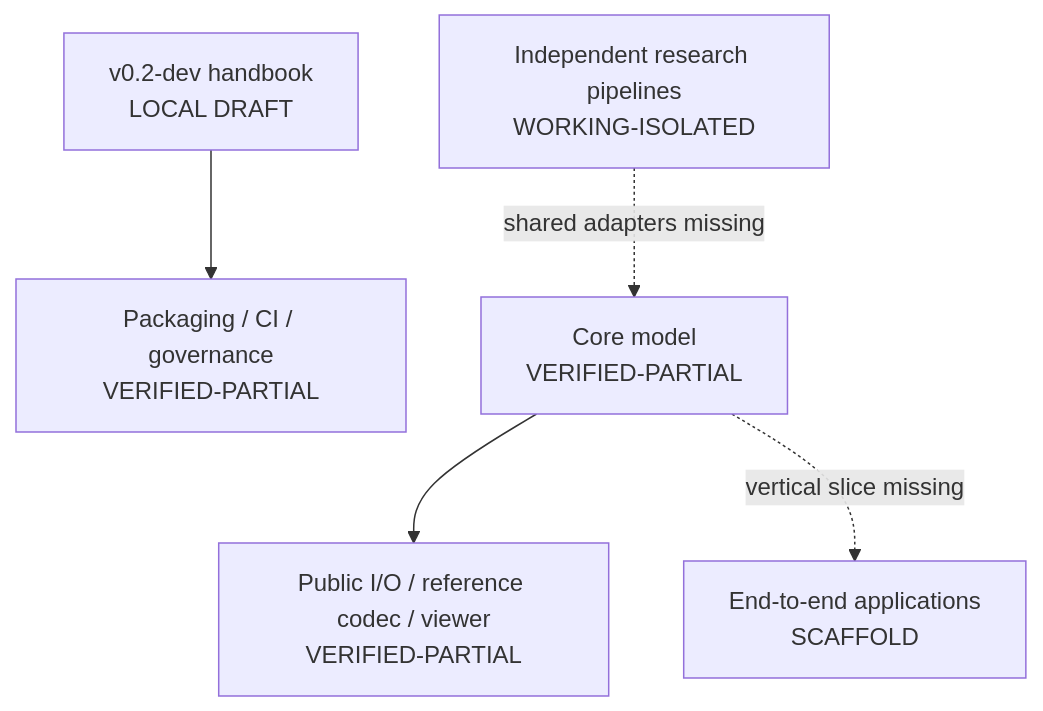
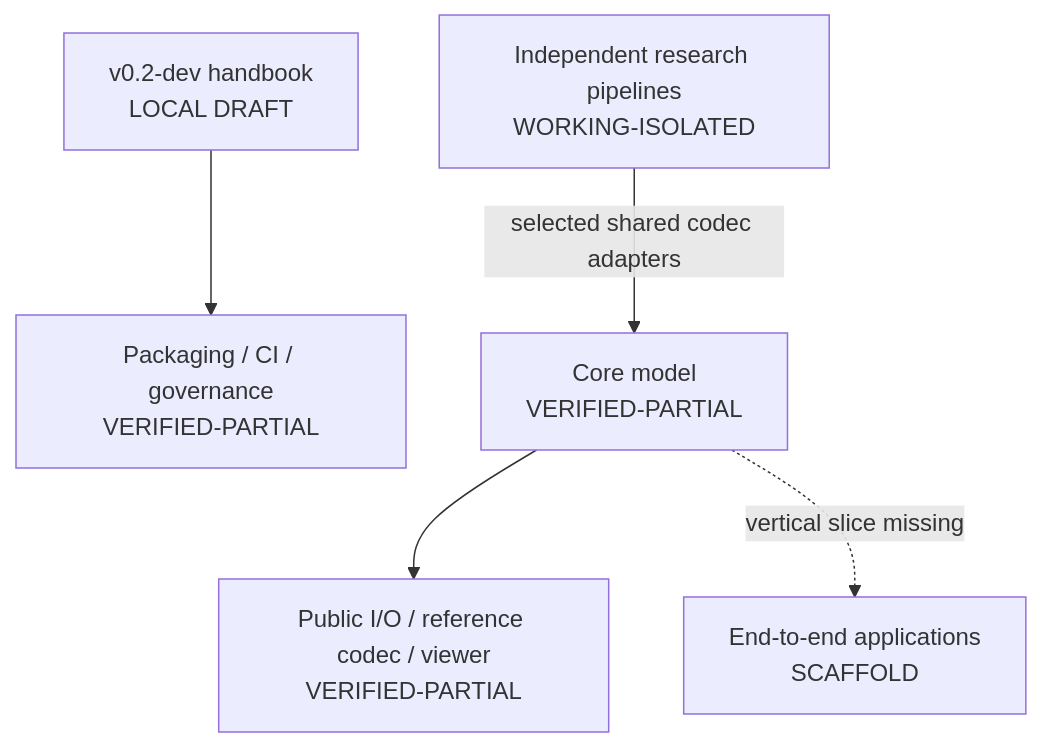
One commit to open4dfoundation/Open4D changed the diagram in docs/handbook/v0.2-dev/implementation-status.md. Above: the diagram before and after it, drawn with Mermaid. The commit also changed other lines of this file and 3 other files, not shown here.

````diff
--- a/docs/handbook/v0.2-dev/implementation-status.md
+++ b/docs/handbook/v0.2-dev/implementation-status.md
@@ -10,14 +10,14 @@
 ```mermaid
 flowchart TB
     Handbook["v0.2-dev handbook<br/>LOCAL DRAFT"]
     P0["Packaging / CI / governance<br/>VERIFIED-PARTIAL"]
     Core["Core model<br/>VERIFIED-PARTIAL"]
     Examples["Public I/O / reference codec / viewer<br/>VERIFIED-PARTIAL"]
     Apps["End-to-end applications<br/>SCAFFOLD"]
     Research["Independent research pipelines<br/>WORKING-ISOLATED"]
 
     Handbook --> P0
     Core --> Examples
-    Research -. "shared adapters missing" .-> Core
+    Research -- "selected shared codec adapters" --> Core
     Core -. "vertical slice missing" .-> Apps
 ```
````
